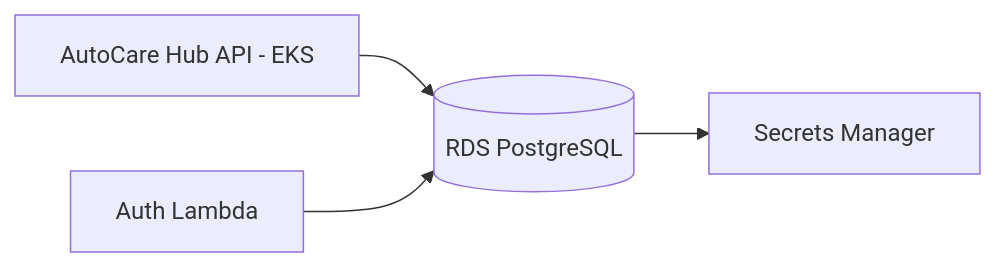
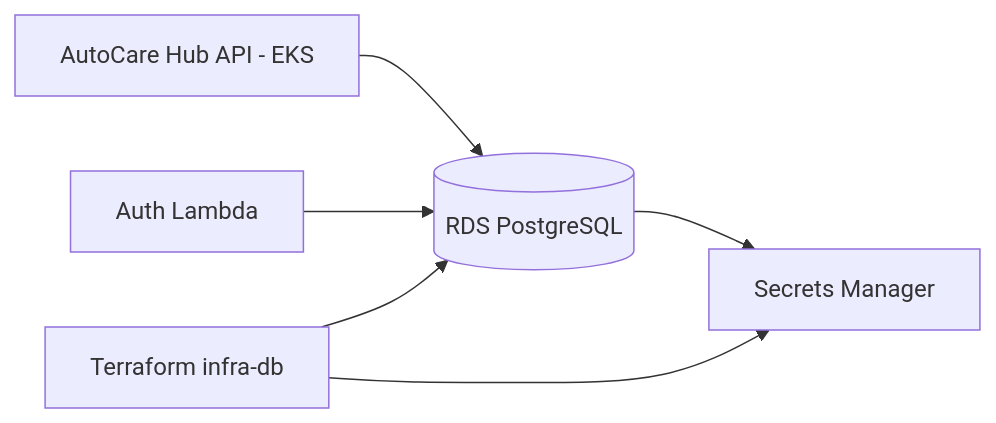
One commit to yxsbx/SOAT-FIAP-autocare-infra-db changed the diagram in README.md. Above: the diagram before and after it, drawn with Mermaid. The commit also changed other lines of this file, not shown here.

````diff
--- a/README.md
+++ b/README.md
@@ -68,6 +9,8 @@
 ```mermaid
 flowchart LR
   API[AutoCare Hub API - EKS] --> RDS[(RDS PostgreSQL)]
   Lambda[Auth Lambda] --> RDS
   RDS --> Secrets[Secrets Manager]
+  Terraform[Terraform infra-db] --> RDS
+  Terraform --> Secrets
 ```
````
